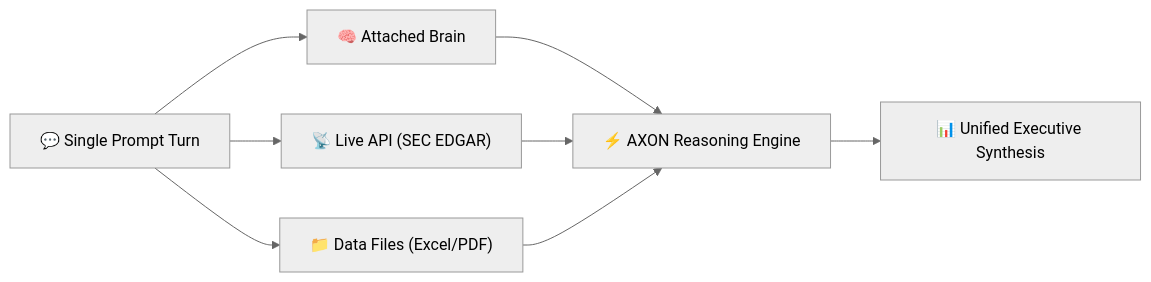
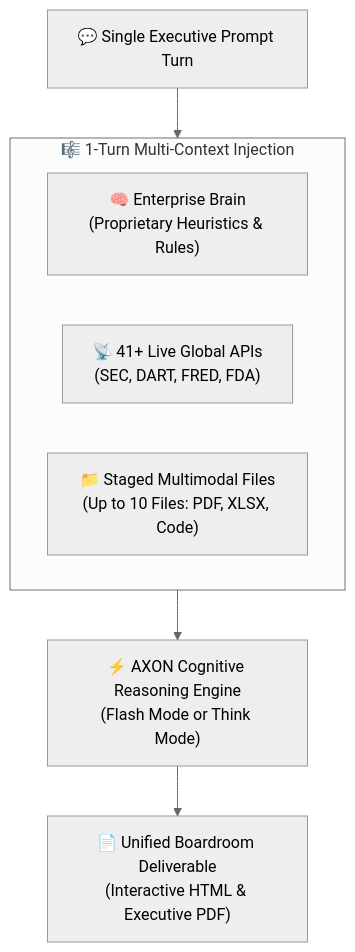
Before and after one commit to gosutox/gosutox-docs: the diagram in agent/tools-orchestration.mdx, drawn with Mermaid (neutral theme). The commit also changed other lines of this file, not shown here.

Commit message:
docs(agent): elevate 1-Turn Tool Symphony guide with 3 intelligence dimensions, M&A concrete scenario, and 41+ live API channels

````diff
--- a/agent/tools-orchestration.mdx
+++ b/agent/tools-orchestration.mdx
@@ -25,12 +12,13 @@
 ```mermaid
-flowchart LR
-    Turn["💬 Single Prompt Turn"] --> Brain["🧠 Attached Brain"]
-    Turn --> API["📡 Live API (SEC EDGAR)"]
-    Turn --> Files["📁 Data Files (Excel/PDF)"]
+flowchart TD
+    subgraph Context_Symphony ["🎼 1-Turn Multi-Context Injection"]
+        B["🧠 Enterprise Brain\n(Proprietary Heuristics & Rules)"]
+        A["📡 41+ Live Global APIs\n(SEC, DART, FRED, FDA)"]
+        F["📁 Staged Multimodal Files\n(Up to 10 Files: PDF, XLSX, Code)"]
+    end
 
-    Brain --> Engine["⚡ AXON Reasoning Engine"]
-    API --> Engine
-    Files --> Engine
-
-    Engine --> Result["📊 Unified Executive Synthesis"]
+    Prompt["💬 Single Executive Prompt Turn"] --> Context_Symphony
+    Context_Symphony --> Engine["⚡ AXON Cognitive Reasoning Engine\n(Flash Mode or Think Mode)"]
+    
+    Engine --> Output["📄 Unified Boardroom Deliverable\n(Interactive HTML & Executive PDF)"]
 ```
````
